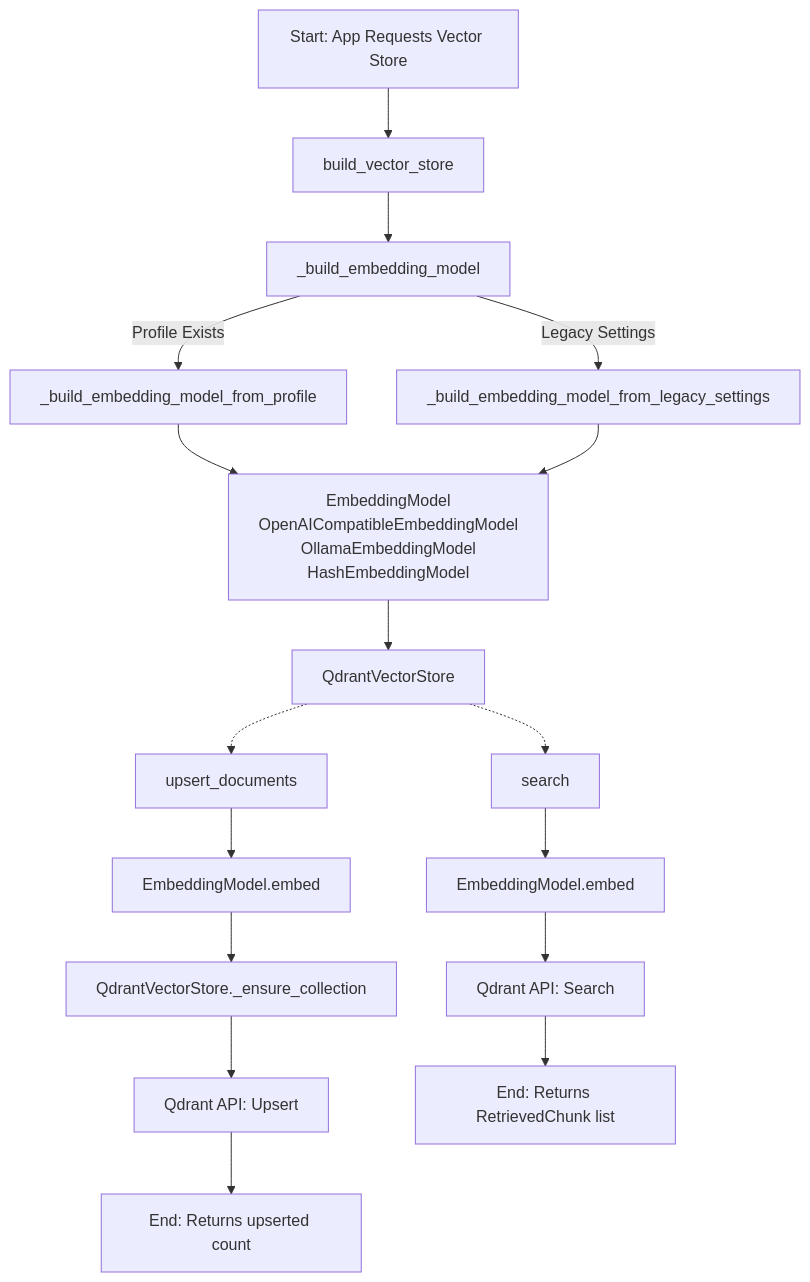
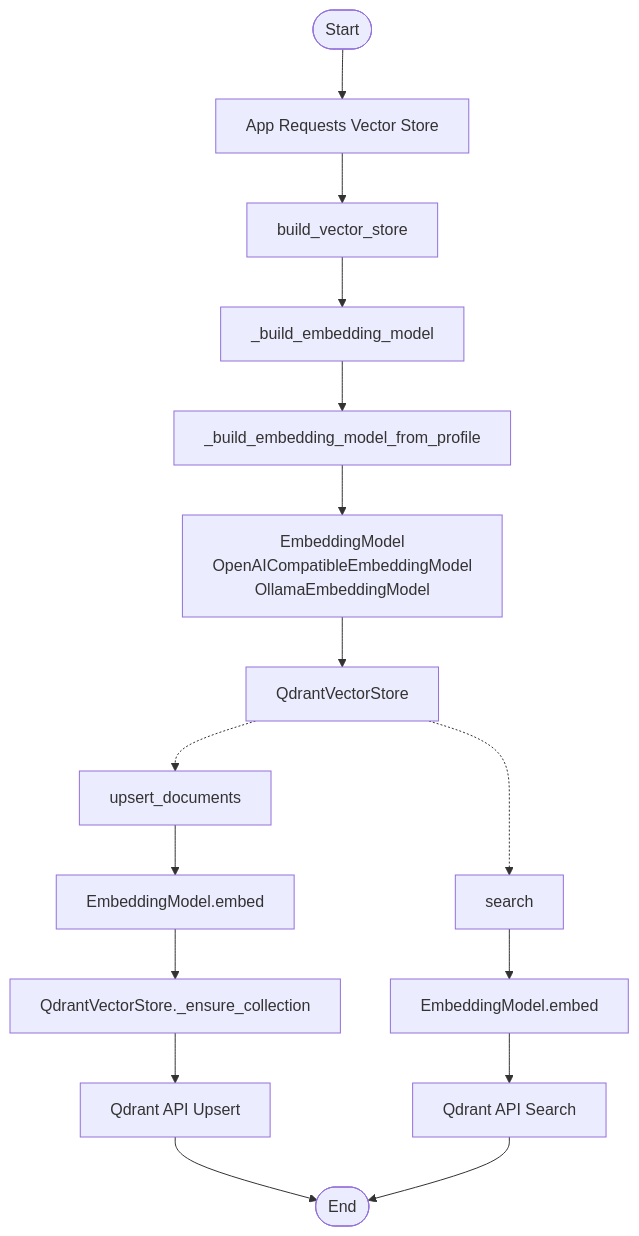
One commit to bvvinai/python_langGraph_module changed the diagram in app/vectordb/README.md. Above: the diagram before and after it, drawn with Mermaid. The commit also changed other lines of this file and 28 other files, not shown here.

````diff
--- a/app/vectordb/README.md
+++ b/app/vectordb/README.md
@@ -1,23 +7,20 @@
 ```mermaid
 flowchart TD
-    A[Start: App Requests Vector Store] --> B[build_vector_store]
-    B --> C[_build_embedding_model]
-    C -->|Profile Exists| D[_build_embedding_model_from_profile]
-    C -->|Legacy Settings| E[_build_embedding_model_from_legacy_settings]
-    D --> F[EmbeddingModel\nOpenAICompatibleEmbeddingModel\nOllamaEmbeddingModel\nHashEmbeddingModel]
-    E --> F
-    F --> G[QdrantVectorStore]
+  S([Start]) --> A[App Requests Vector Store]
+  A --> B[build_vector_store]
+  B --> C[_build_embedding_model]
+  C --> D[_build_embedding_model_from_profile]
+  D --> E[EmbeddingModel\nOpenAICompatibleEmbeddingModel\nOllamaEmbeddingModel]
+  E --> F[QdrantVectorStore]
 
-    %% Upsert flow
-    G -.-> H[upsert_documents]
-    H --> I[EmbeddingModel.embed]
-    I --> J[QdrantVectorStore._ensure_collection]
-    J --> K[Qdrant API: Upsert]
-    K --> L[End: Returns upserted count]
+  F -.-> G[upsert_documents]
+  G --> H[EmbeddingModel.embed]
+  H --> I[QdrantVectorStore._ensure_collection]
+  I --> J[Qdrant API Upsert]
 
-    %% Search flow
-    G -.-> M[search]
-    M --> N[EmbeddingModel.embed]
-    N --> O[Qdrant API: Search]
-    O --> P[End: Returns RetrievedChunk list]
+  F -.-> K[search]
+  K --> L[EmbeddingModel.embed]
+  L --> M[Qdrant API Search]
+  J --> Z([End])
+  M --> Z
 ```
````
